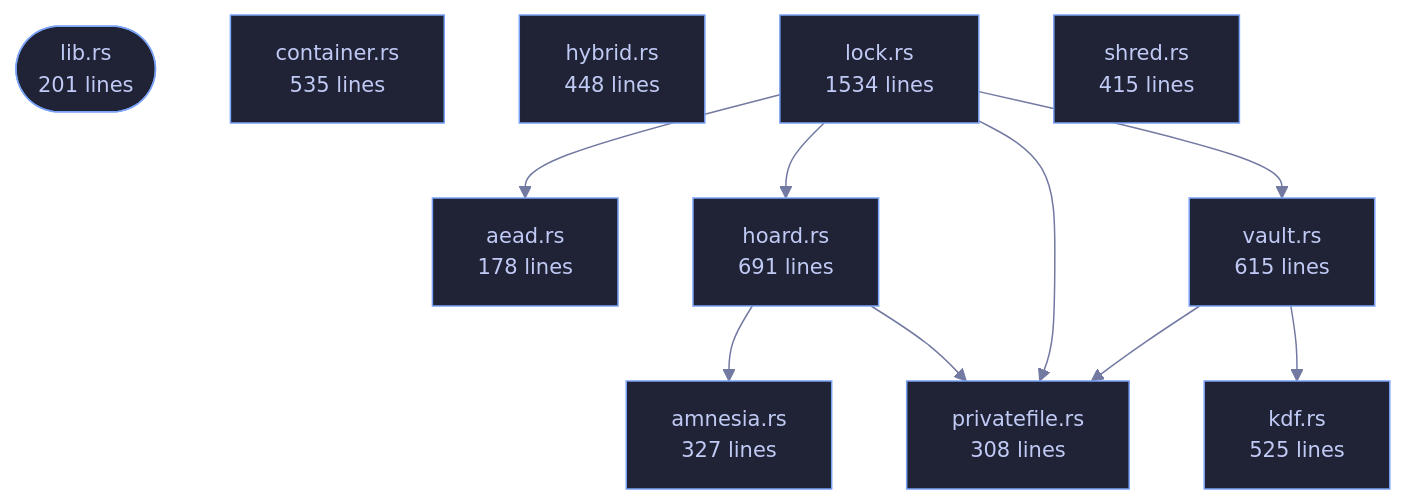
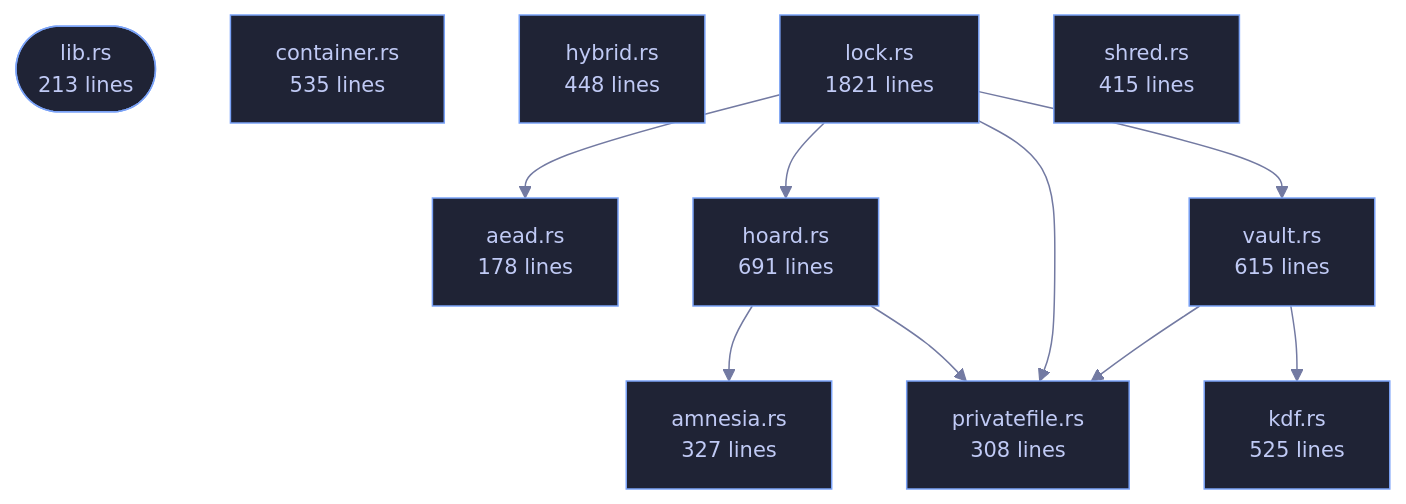
One commit to tilas01/veilvoice changed the diagram in crates/veilvoice-crypto/README.md. Above: the diagram before and after it, drawn with Mermaid. The commit also changed other lines of this file and 102 other files, not shown here.

````diff
--- a/crates/veilvoice-crypto/README.md
+++ b/crates/veilvoice-crypto/README.md
@@ -108,34 +108,34 @@
 ```mermaid
 %%{init: {"theme":"base","themeVariables":{"background":"#1a1b26","primaryColor":"#1f2335","primaryTextColor":"#c0caf5","primaryBorderColor":"#7aa2f7","secondaryColor":"#16161e","tertiaryColor":"#16161e","lineColor":"#737aa2","textColor":"#c0caf5","mainBkg":"#1f2335","nodeBorder":"#7aa2f7","clusterBkg":"#16161e","clusterBorder":"#2f3549","fontFamily":"ui-monospace, SFMono-Regular, Consolas, monospace","fontSize":"14px"}}}%%
 flowchart TD
-    n_lib(["lib.rs<br/>201 lines"])
+    n_lib(["lib.rs<br/>213 lines"])
     n_aead["aead.rs<br/>178 lines"]
     n_amnesia["amnesia.rs<br/>327 lines"]
     n_container["container.rs<br/>535 lines"]
     n_hoard["hoard.rs<br/>691 lines"]
     n_hybrid["hybrid.rs<br/>448 lines"]
     n_kdf["kdf.rs<br/>525 lines"]
-    n_lock["lock.rs<br/>1534 lines"]
+    n_lock["lock.rs<br/>1821 lines"]
     n_privatefile["privatefile.rs<br/>308 lines"]
     n_shred["shred.rs<br/>415 lines"]
     n_vault["vault.rs<br/>615 lines"]
     n_hoard --> n_amnesia
     n_hoard --> n_privatefile
     n_lock --> n_aead
     n_lock --> n_hoard
     n_lock --> n_privatefile
     n_lock --> n_vault
     n_vault --> n_kdf
     n_vault --> n_privatefile
     click n_lib href "https://github.com/tilas01/veilvoice/blob/main/crates/veilvoice-crypto/src/lib.rs" "open the source"
     click n_aead href "https://github.com/tilas01/veilvoice/blob/main/crates/veilvoice-crypto/src/aead.rs" "open the source"
     click n_amnesia href "https://github.com/tilas01/veilvoice/blob/main/crates/veilvoice-crypto/src/amnesia.rs" "open the source"
     click n_container href "https://github.com/tilas01/veilvoice/blob/main/crates/veilvoice-crypto/src/container.rs" "open the source"
     click n_hoard href "https://github.com/tilas01/veilvoice/blob/main/crates/veilvoice-crypto/src/hoard.rs" "open the source"
     click n_hybrid href "https://github.com/tilas01/veilvoice/blob/main/crates/veilvoice-crypto/src/hybrid.rs" "open the source"
     click n_kdf href "https://github.com/tilas01/veilvoice/blob/main/crates/veilvoice-crypto/src/kdf.rs" "open the source"
     click n_lock href "https://github.com/tilas01/veilvoice/blob/main/crates/veilvoice-crypto/src/lock.rs" "open the source"
     click n_privatefile href "https://github.com/tilas01/veilvoice/blob/main/crates/veilvoice-crypto/src/privatefile.rs" "open the source"
     click n_shred href "https://github.com/tilas01/veilvoice/blob/main/crates/veilvoice-crypto/src/shred.rs" "open the source"
     click n_vault href "https://github.com/tilas01/veilvoice/blob/main/crates/veilvoice-crypto/src/vault.rs" "open the source"
 ```
````
